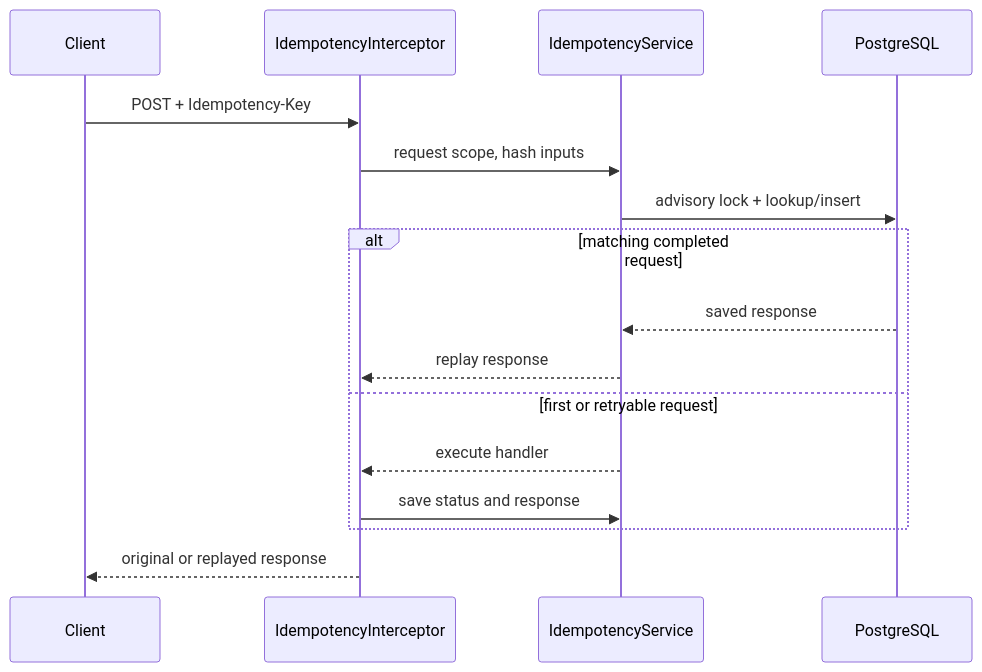
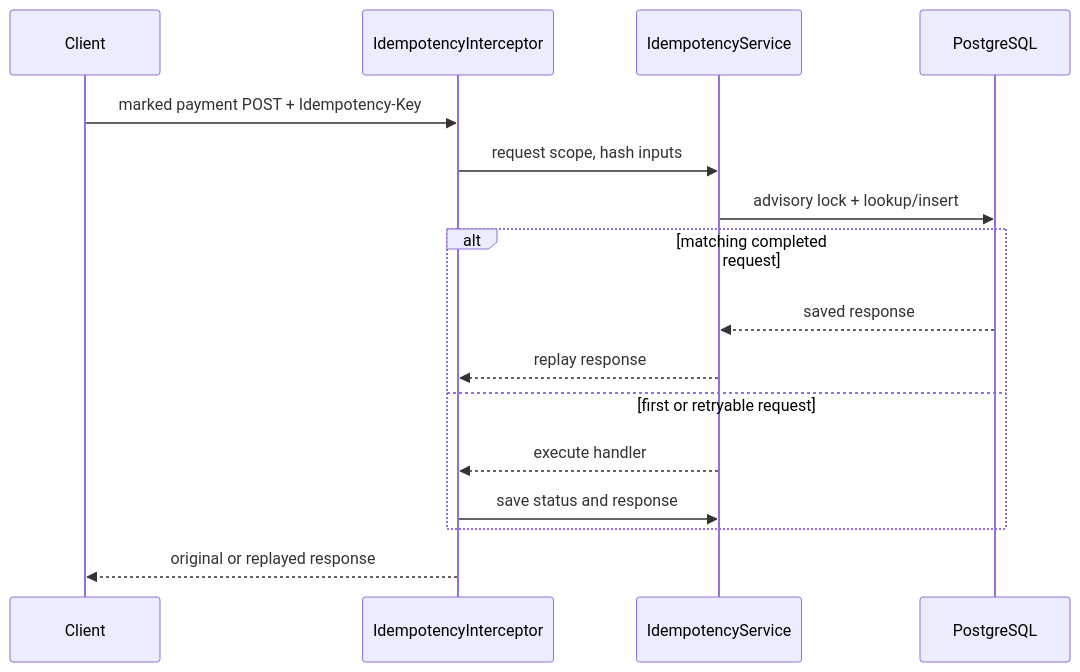
Before and after one commit to malachi190/kova: the second of 4 diagrams in docs/ARCHITECTURE.md, drawn with Mermaid. The commit also changed other lines of this file and 65 other files, not shown here.

````diff
--- a/docs/ARCHITECTURE.md
+++ b/docs/ARCHITECTURE.md
@@ -81,18 +83,18 @@
 ```mermaid
 sequenceDiagram
   participant Client
   participant Interceptor as IdempotencyInterceptor
   participant Service as IdempotencyService
   participant DB as PostgreSQL
-  Client->>Interceptor: POST + Idempotency-Key
+  Client->>Interceptor: marked payment POST + Idempotency-Key
   Interceptor->>Service: request scope, hash inputs
   Service->>DB: advisory lock + lookup/insert
   alt matching completed request
     DB-->>Service: saved response
     Service-->>Interceptor: replay response
   else first or retryable request
     Service-->>Interceptor: execute handler
     Interceptor->>Service: save status and response
   end
   Interceptor-->>Client: original or replayed response
 ```
````
